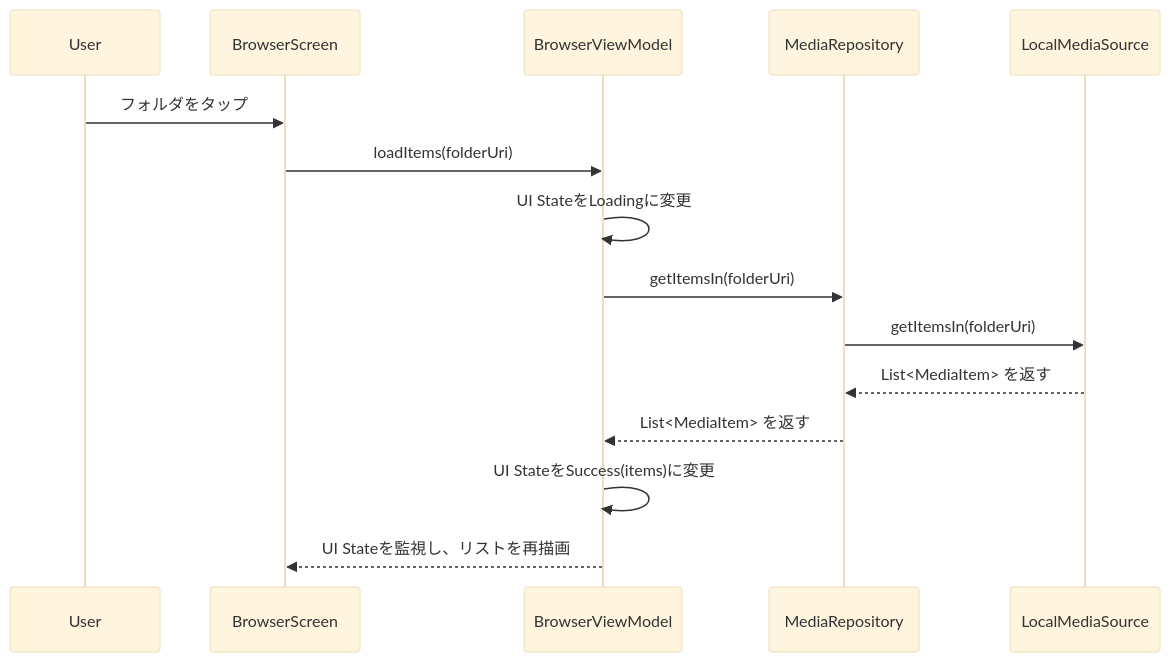
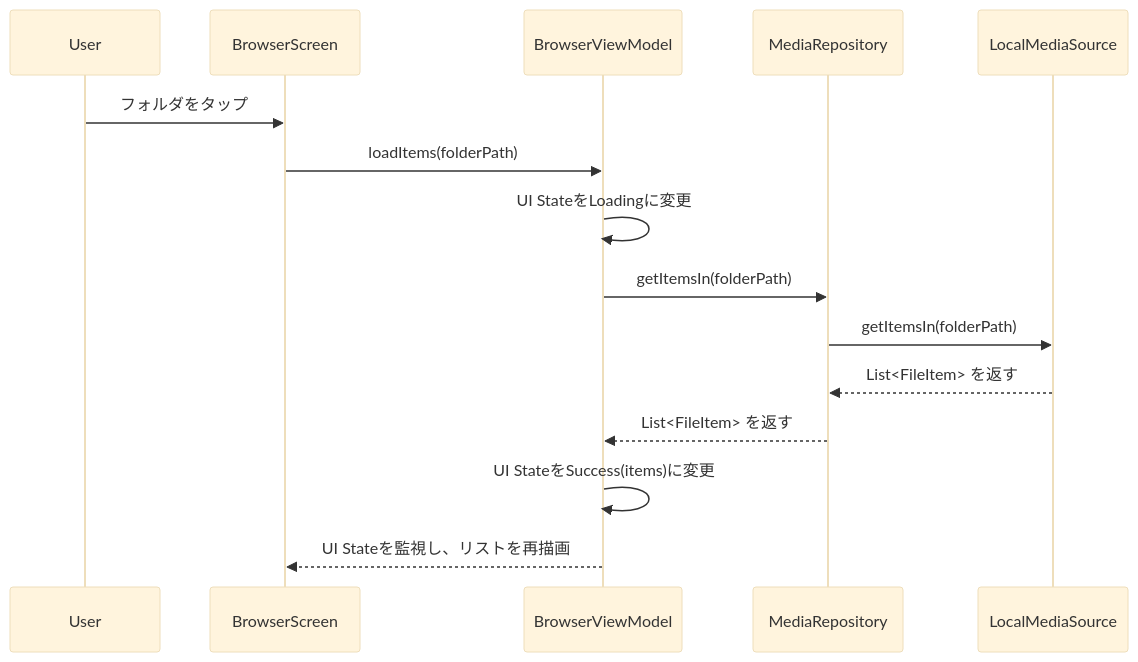
Before and after one commit to mob-wo/ModularStreamPlayer: the second of 3 diagrams in Technical Design Document-Phase1.md, drawn with Mermaid (base theme). The commit also changed other lines of this file and 5 other files, not shown here.

````diff
--- a/Technical Design Document-Phase1.md
+++ b/Technical Design Document-Phase1.md
@@ -136,18 +152,18 @@
 ```mermaid
 sequenceDiagram
     participant User
     participant BrowserScreen
     participant BrowserViewModel
     participant MediaRepository
     participant LocalMediaSource
 
     User->>BrowserScreen: フォルダをタップ
-    BrowserScreen->>BrowserViewModel: loadItems(folderUri)
+    BrowserScreen->>BrowserViewModel: loadItems(folderPath)
     BrowserViewModel->>BrowserViewModel: UI StateをLoadingに変更
-    BrowserViewModel->>MediaRepository: getItemsIn(folderUri)
-    MediaRepository->>LocalMediaSource: getItemsIn(folderUri)
-    LocalMediaSource-->>MediaRepository: List<MediaItem> を返す
-    MediaRepository-->>BrowserViewModel: List<MediaItem> を返す
+    BrowserViewModel->>MediaRepository: getItemsIn(folderPath)
+    MediaRepository->>LocalMediaSource: getItemsIn(folderPath)
+    LocalMediaSource-->>MediaRepository: List<FileItem> を返す
+    MediaRepository-->>BrowserViewModel: List<FileItem> を返す
     BrowserViewModel->>BrowserViewModel: UI StateをSuccess(items)に変更
     BrowserViewModel-->>BrowserScreen: UI Stateを監視し、リストを再描画
 ```
````
